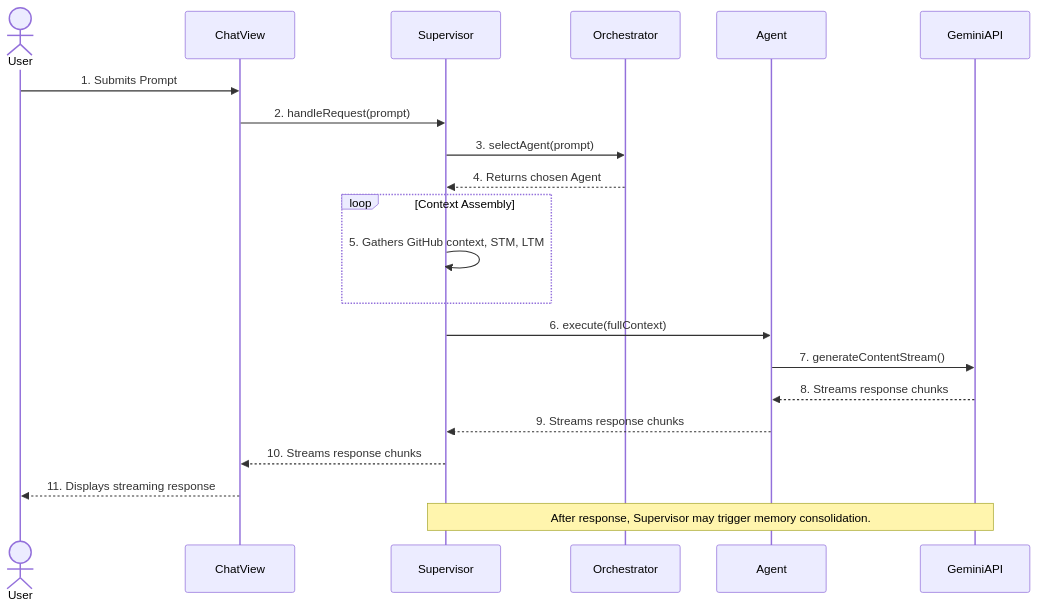
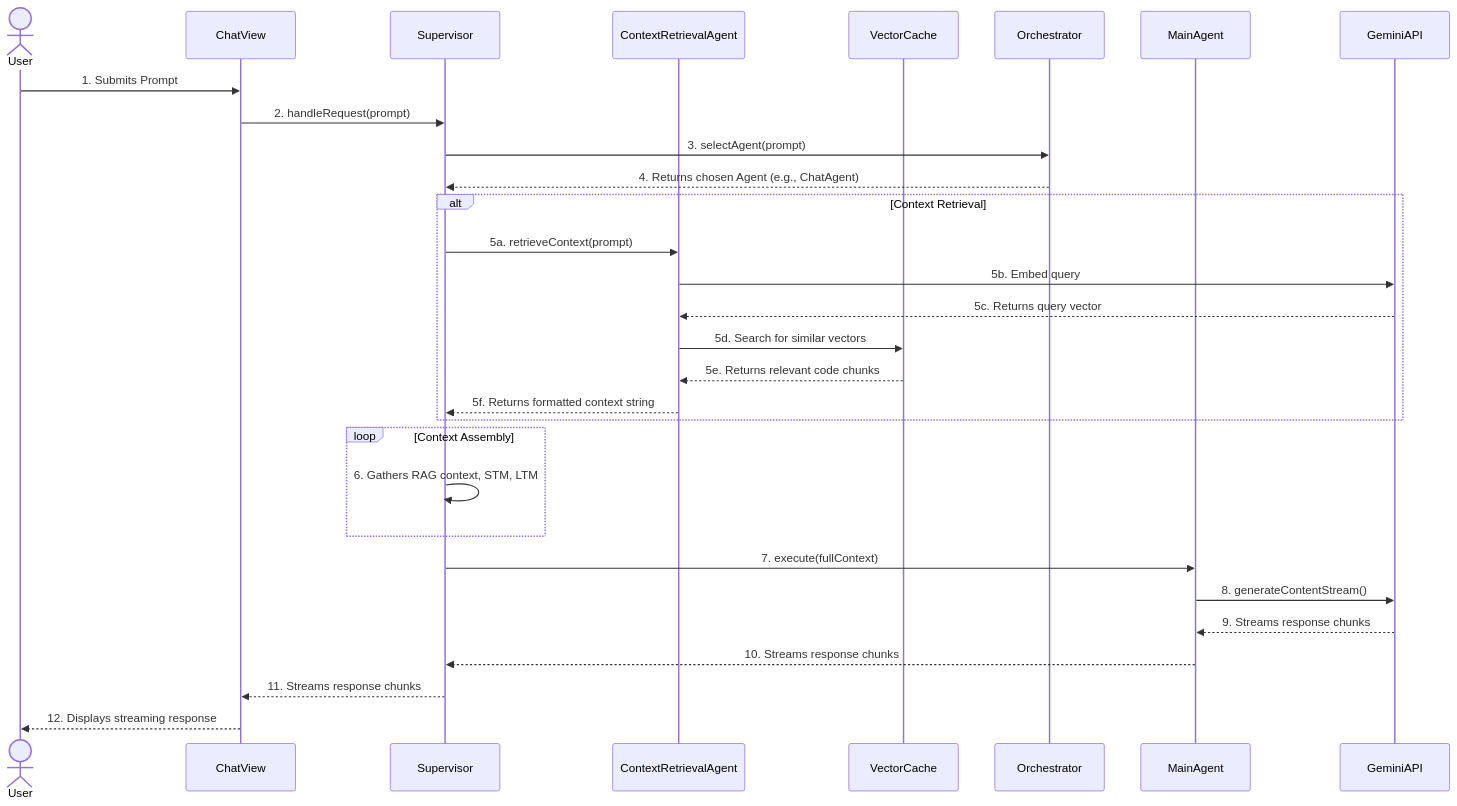
The diagram in docs/09-architecture-overview.md (ssdeanx/DevKit-AI), drawn with Mermaid before and after one commit. The commit also changed other lines of this file and 18 other files, not shown here.

First line of the commit message:
feat: Add ContextRetrievalAgent and Gemini embedding

````diff
--- a/docs/09-architecture-overview.md
+++ b/docs/09-architecture-overview.md
@@ -38,30 +39,39 @@
 ```mermaid
 sequenceDiagram
     actor User
     participant ChatView
     participant Supervisor
+    participant ContextRetrievalAgent
+    participant VectorCache
     participant Orchestrator
-    participant Agent
+    participant MainAgent
     participant GeminiAPI
 
     User->>ChatView: 1. Submits Prompt
     ChatView->>Supervisor: 2. handleRequest(prompt)
     
     Supervisor->>Orchestrator: 3. selectAgent(prompt)
-    Orchestrator-->>Supervisor: 4. Returns chosen Agent
+    Orchestrator-->>Supervisor: 4. Returns chosen Agent (e.g., ChatAgent)
+
+    alt Context Retrieval
+        Supervisor->>ContextRetrievalAgent: 5a. retrieveContext(prompt)
+        ContextRetrievalAgent->>GeminiAPI: 5b. Embed query
+        GeminiAPI-->>ContextRetrievalAgent: 5c. Returns query vector
+        ContextRetrievalAgent->>VectorCache: 5d. Search for similar vectors
+        VectorCache-->>ContextRetrievalAgent: 5e. Returns relevant code chunks
+        ContextRetrievalAgent-->>Supervisor: 5f. Returns formatted context string
+    end
     
     loop Context Assembly
-        Supervisor->>Supervisor: 5. Gathers GitHub context, STM, LTM
+        Supervisor->>Supervisor: 6. Gathers RAG context, STM, LTM
     end
 
-    Supervisor->>Agent: 6. execute(fullContext)
-    Agent->>GeminiAPI: 7. generateContentStream()
+    Supervisor->>MainAgent: 7. execute(fullContext)
+    MainAgent->>GeminiAPI: 8. generateContentStream()
     
-    GeminiAPI-->>Agent: 8. Streams response chunks
-    Agent-->>Supervisor: 9. Streams response chunks
-    Supervisor-->>ChatView: 10. Streams response chunks
+    GeminiAPI-->>MainAgent: 9. Streams response chunks
+    MainAgent-->>Supervisor: 10. Streams response chunks
+    Supervisor-->>ChatView: 11. Streams response chunks
     
-    ChatView-->>User: 11. Displays streaming response
-
-    Note over Supervisor,GeminiAPI: After response, Supervisor may trigger memory consolidation.
+    ChatView-->>User: 12. Displays streaming response
 ```
````
